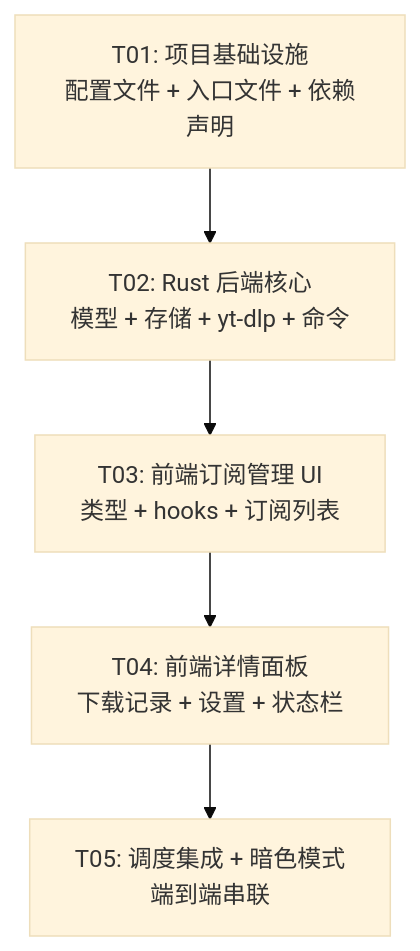
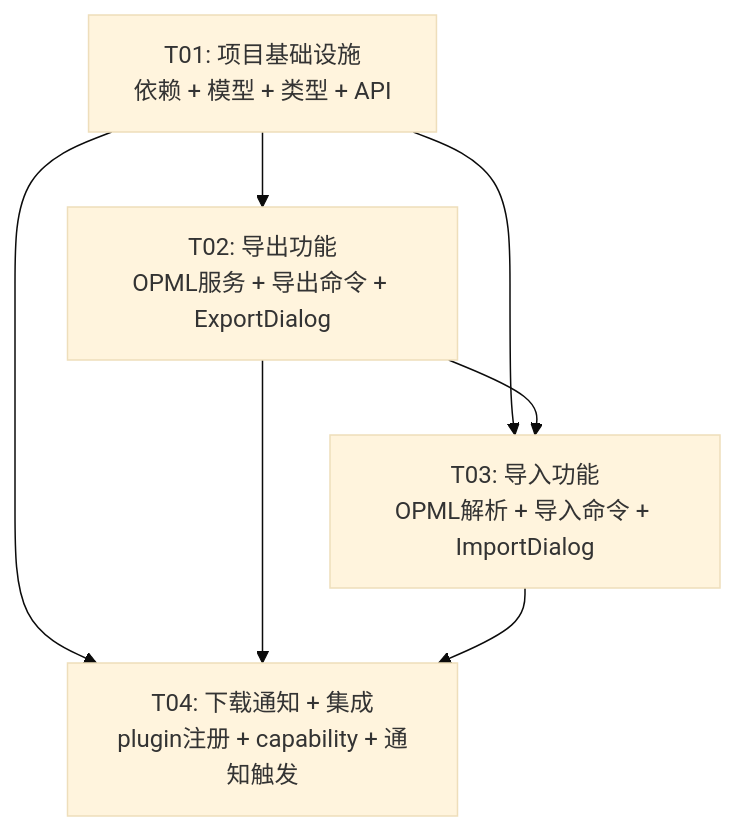
The seventh of 7 diagrams in docs/system_design.md (yysfire/yt-dlp-gui), drawn with Mermaid (base theme) before and after one commit. The commit also changed other lines of this file and 27 other files, not shown here.

````diff
--- a/docs/system_design.md
+++ b/docs/system_design.md
@@ -818,13 +566,14 @@
 ```mermaid
 graph TD
-    T01["T01: 项目基础设施<br/>配置文件 + 入口文件 + 依赖声明"]
-    T02["T02: Rust 后端核心<br/>模型 + 存储 + yt-dlp + 命令"]
-    T03["T03: 前端订阅管理 UI<br/>类型 + hooks + 订阅列表"]
-    T04["T04: 前端详情面板<br/>下载记录 + 设置 + 状态栏"]
-    T05["T05: 调度集成 + 暗色模式<br/>端到端串联"]
+    T01["T01: 项目基础设施<br/>依赖 + 模型 + 类型 + API"]
+    T02["T02: 导出功能<br/>OPML服务 + 导出命令 + ExportDialog"]
+    T03["T03: 导入功能<br/>OPML解析 + 导入命令 + ImportDialog"]
+    T04["T04: 下载通知 + 集成<br/>plugin注册 + capability + 通知触发"]
 
     T01 --> T02
+    T01 --> T03
     T02 --> T03
+    T01 --> T04
+    T02 --> T04
     T03 --> T04
-    T04 --> T05
 ```
````
